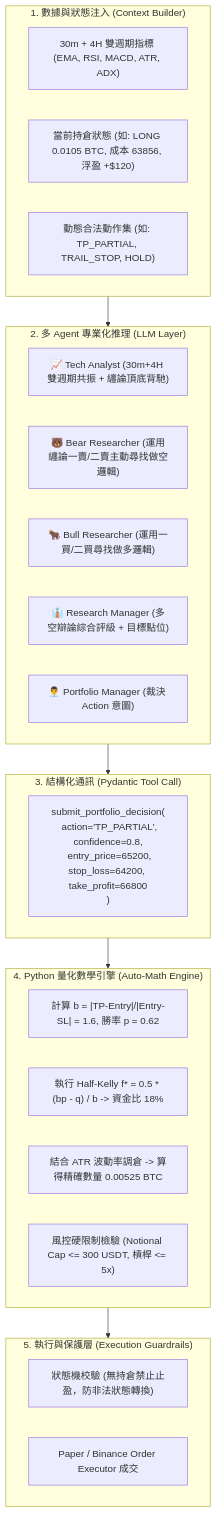
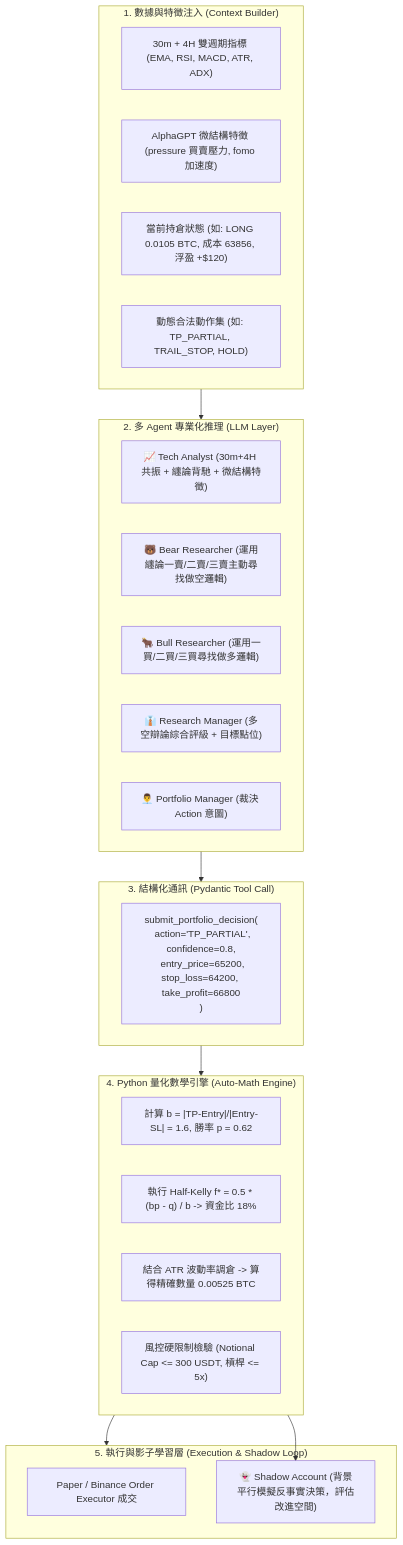
Before and after one commit to dimx9173/vibe-trading-encyc: the third of 3 diagrams in docs/research/vbt-architecture-strategy-improvement-plan.md, drawn with Mermaid. The commit also changed other lines of this file, not shown here.

Commit message:
docs: upgrade improvement plan with AlphaGPT microstructure alpha and HKUDS shadow account features

````diff
--- a/docs/research/vbt-architecture-strategy-improvement-plan.md
+++ b/docs/research/vbt-architecture-strategy-improvement-plan.md
@@ -50,34 +89,36 @@
 ```mermaid
 flowchart TD
-    subgraph S1 ["1. 數據與狀態注入 (Context Builder)"]
+    subgraph S1 ["1. 數據與特徵注入 (Context Builder)"]
         D1["30m + 4H 雙週期指標 (EMA, RSI, MACD, ATR, ADX)"]
-        D2["當前持倉狀態 (如: LONG 0.0105 BTC, 成本 63856, 浮盈 +$120)"]
-        D3["動態合法動作集 (如: TP_PARTIAL, TRAIL_STOP, HOLD)"]
+        D2["AlphaGPT 微結構特徵 (pressure 買賣壓力, fomo 加速度)"]
+        D3["當前持倉狀態 (如: LONG 0.0105 BTC, 成本 63856, 浮盈 +$120)"]
+        D4["動態合法動作集 (如: TP_PARTIAL, TRAIL_STOP, HOLD)"]
     end
 
     subgraph S2 ["2. 多 Agent 專業化推理 (LLM Layer)"]
-        Tech["📈 Tech Analyst (30m+4H 雙週期共振 + 纏論頂底背馳)"]
-        Bear["🐻 Bear Researcher (運用纏論一賣/二賣主動尋找做空邏輯)"]
-        Bull["🐂 Bull Researcher (運用一買/二買尋找做多邏輯)"]
+        Tech["📈 Tech Analyst (30m+4H 共振 + 纏論背馳 + 微結構特徵)"]
+        Bear["🐻 Bear Researcher (運用纏論一賣/二賣/三賣主動尋找做空邏輯)"]
+        Bull["🐂 Bull Researcher (運用一買/二買/三買尋找做多邏輯)"]
         RM["👔 Research Manager (多空辯論綜合評級 + 目標點位)"]
         PM["👨‍💼 Portfolio Manager (裁決 Action 意圖)"]
     end
 
     subgraph S3 ["3. 結構化通訊 (Pydantic Tool Call)"]
         TC["submit_portfolio_decision(<br/>  action='TP_PARTIAL', confidence=0.8,<br/>  entry_price=65200, stop_loss=64200, take_profit=66800<br/>)"]
     end
 
     subgraph S4 ["4. Python 量化數學引擎 (Auto-Math Engine)"]
         M1["計算 b = |TP-Entry|/|Entry-SL| = 1.6, 勝率 p = 0.62"]
         M2["執行 Half-Kelly f* = 0.5 * (bp - q) / b -> 資金比 18%"]
         M3["結合 ATR 波動率調倉 -> 算得精確數量 0.00525 BTC"]
         M4["風控硬限制檢驗 (Notional Cap <= 300 USDT, 槓桿 <= 5x)"]
     end
 
-    subgraph S5 ["5. 執行與保護層 (Execution Guardrails)"]
-        G1["狀態機校驗 (無持倉禁止止盈，防非法狀態轉換)"]
+    subgraph S5 ["5. 執行與影子學習層 (Execution & Shadow Loop)"]
         EX["Paper / Binance Order Executor 成交"]
+        Shadow["👻 Shadow Account (背景平行模擬反事實決策，評估改進空間)"]
     end
 
     S1 --> S2 --> S3 --> S4 --> S5
+    S4 --> Shadow
 ```
````
